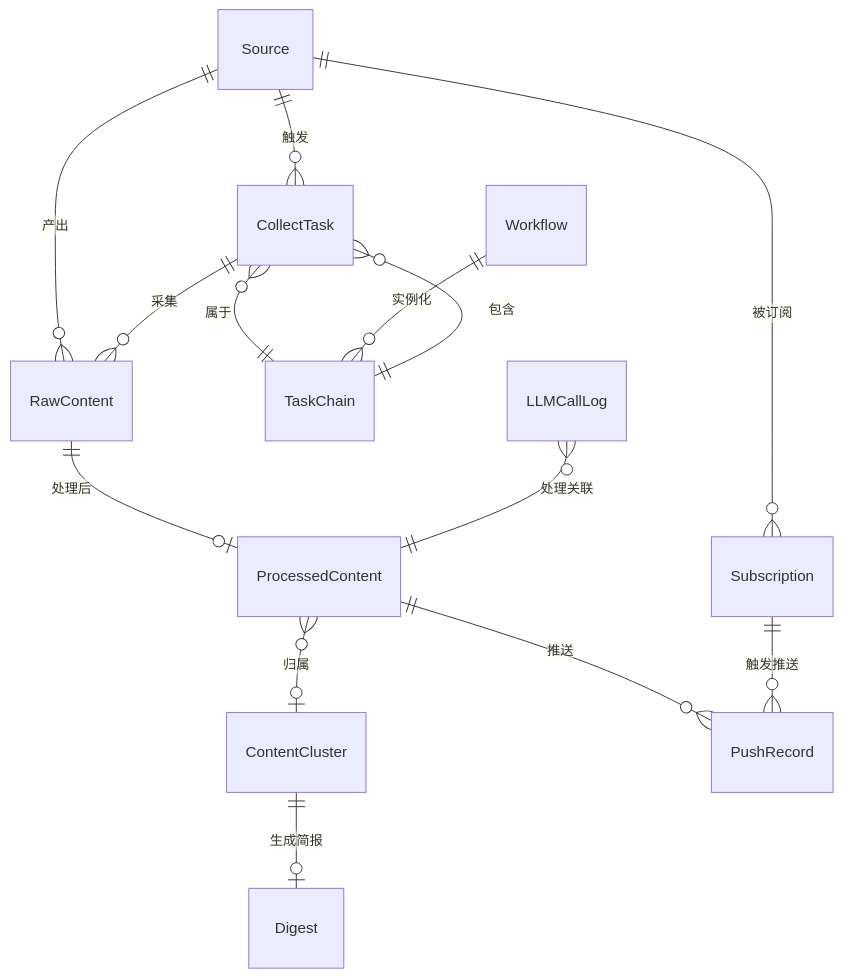
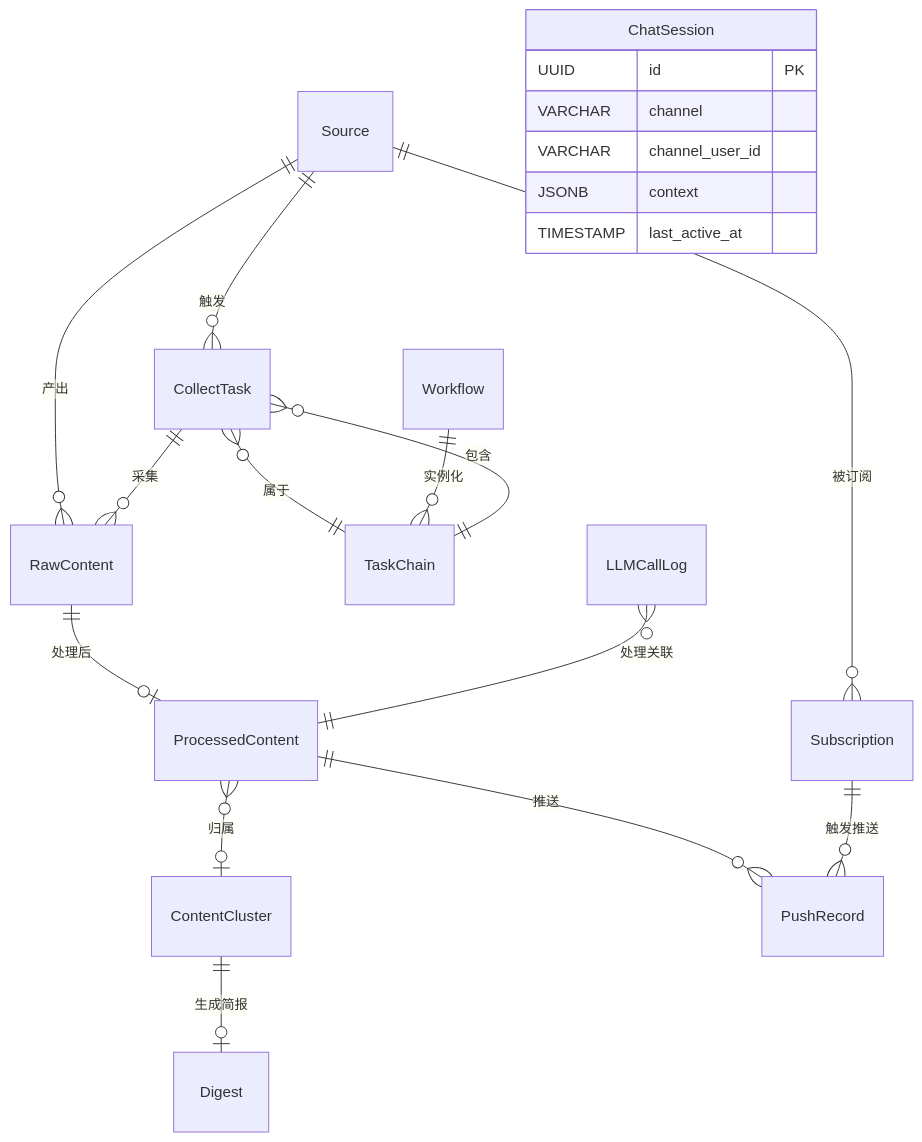
The diagram in docs/arch/arch-intellisource-v1-data.md (lync-cyber/intelli-source), drawn with Mermaid before and after one commit. The commit also changed other lines of this file and 4 other files, not shown here.

````diff
--- a/docs/arch/arch-intellisource-v1-data.md
+++ b/docs/arch/arch-intellisource-v1-data.md
@@ -17,24 +17,32 @@
 ```mermaid
 erDiagram
     Source ||--o{ CollectTask : "触发"
     Source ||--o{ RawContent : "产出"
     Source ||--o{ Subscription : "被订阅"
 
     CollectTask ||--o{ RawContent : "采集"
     CollectTask }o--|| TaskChain : "属于"
 
     RawContent ||--o| ProcessedContent : "处理后"
 
     ProcessedContent }o--o| ContentCluster : "归属"
     ProcessedContent ||--o{ PushRecord : "推送"
 
     ContentCluster ||--o| Digest : "生成简报"
 
     Subscription ||--o{ PushRecord : "触发推送"
 
     TaskChain ||--o{ CollectTask : "包含"
 
     Workflow ||--o{ TaskChain : "实例化"
 
     LLMCallLog }o--|| ProcessedContent : "处理关联"
+
+    ChatSession {
+        UUID id PK
+        VARCHAR channel
+        VARCHAR channel_user_id
+        JSONB context
+        TIMESTAMP last_active_at
+    }
 ```
````
